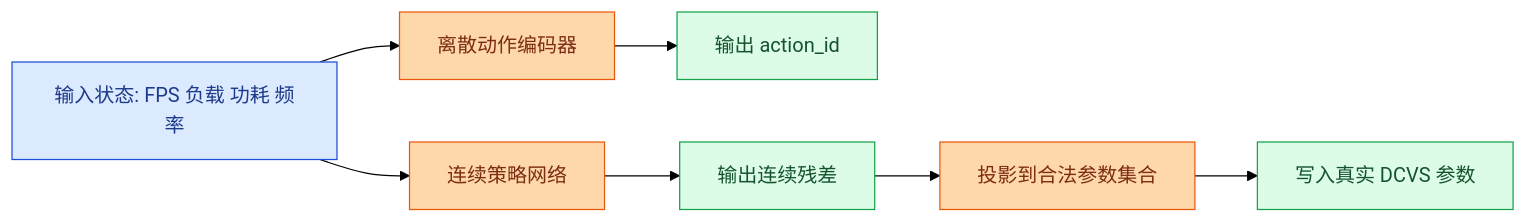
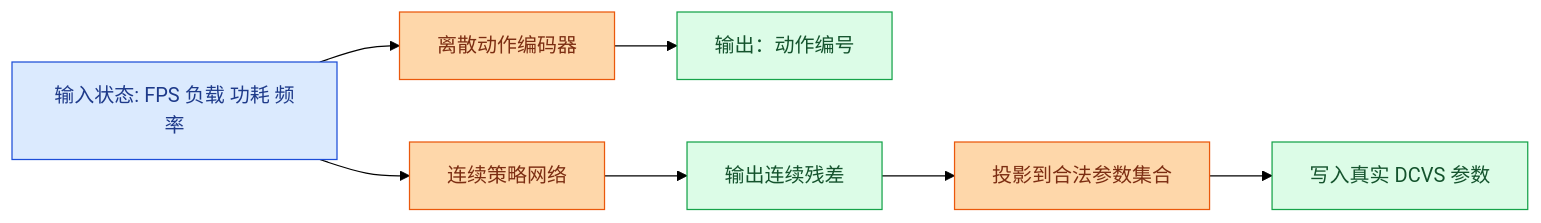
The first of 3 diagrams in learn/13_SAC_TD3.md (Mrphase/RL-Doc), drawn with Mermaid (forest theme) before and after one commit. The commit also changed 14 other files, not shown here.

First line of the commit message:
fix: clean mermaid labels in learn docs

````diff
--- a/learn/13_SAC_TD3.md
+++ b/learn/13_SAC_TD3.md
@@ -88,17 +88,17 @@
 ```mermaid
 flowchart LR
     A[输入状态: FPS 负载 功耗 频率]:::input --> B[离散动作编码器]:::process
-    B --> C[输出 action_id]:::output
+    B --> C[输出：动作编号]:::output
     A --> D[连续策略网络]:::process
     D --> E[输出连续残差]:::output
     E --> F[投影到合法参数集合]:::process
     F --> G[写入真实 DCVS 参数]:::output
 
     classDef input fill:#dbeafe,stroke:#1d4ed8,color:#1e3a8a;
     classDef process fill:#fed7aa,stroke:#ea580c,color:#7c2d12;
     classDef output fill:#dcfce7,stroke:#16a34a,color:#14532d;
 
     class A input;
     class B,D,F process;
     class C,E,G output;
 ```
````
